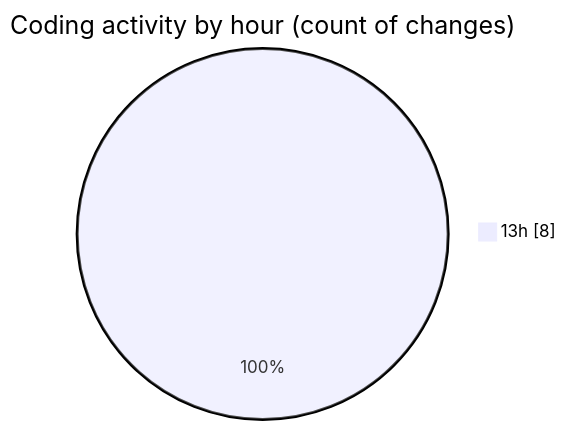
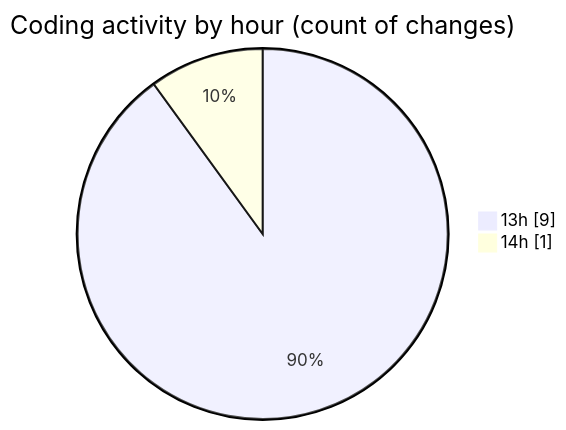
Before and after one commit to NitaiMahat/code-tracking: the second of 2 diagrams in 2025-03-08/computer_202/README.md, drawn with Mermaid. The commit also changed other lines of this file and 1 other file, not shown here.

````diff
--- a/2025-03-08/computer_202/README.md
+++ b/2025-03-08/computer_202/README.md
@@ -29,5 +29,6 @@
 ```mermaid
 pie showData
 title Coding activity by hour (count of changes)
-"13h" : 8
+"13h" : 9
+"14h" : 1
 ```
````
